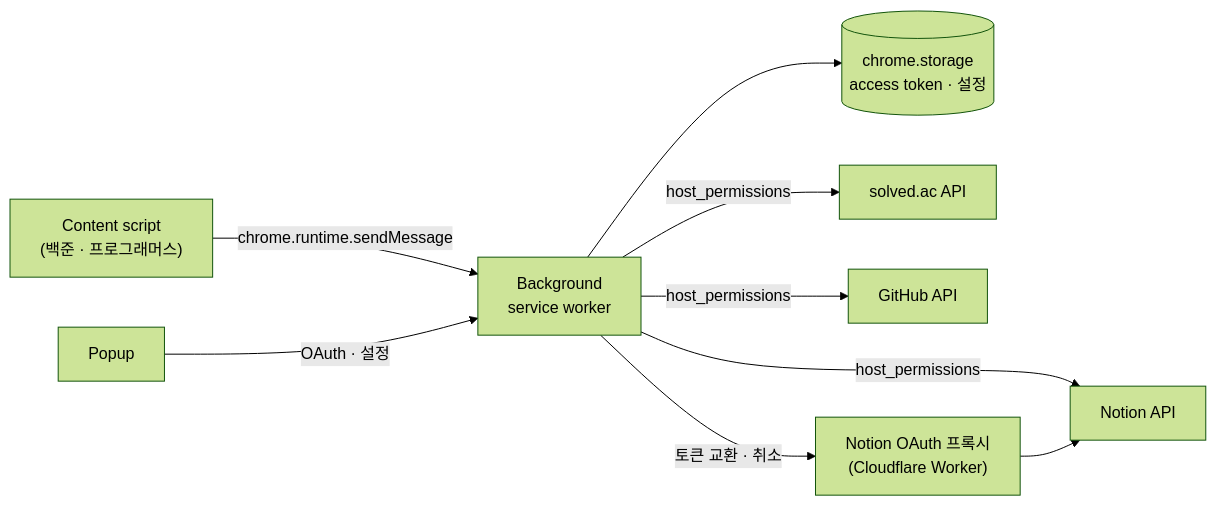
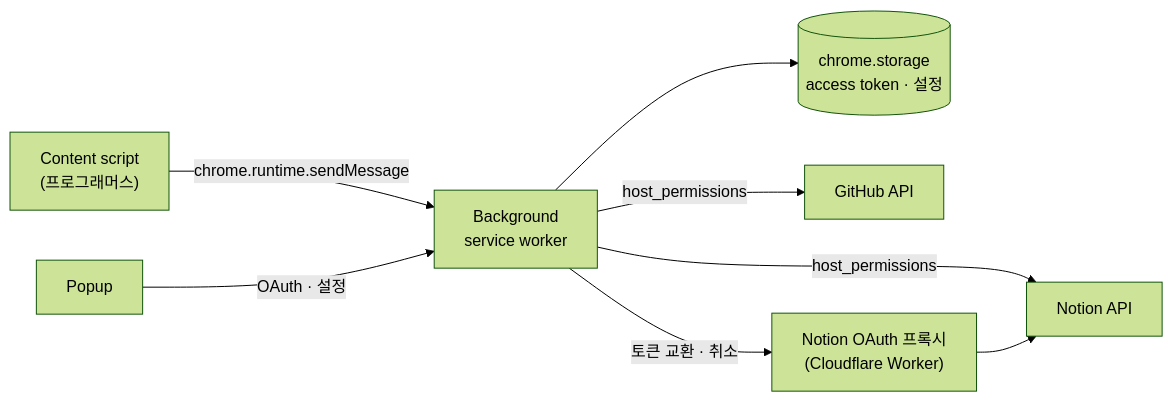
The diagram in README.ko.md (Seojeonguk/sourceCodeUploader), drawn with Mermaid (forest theme) before and after one commit. The commit also changed other lines of this file and 37 other files, not shown here.

````diff
--- a/README.ko.md
+++ b/README.ko.md
@@ -48,11 +44,10 @@
 ```mermaid
 flowchart LR
-    CS["Content script<br/>(백준 · 프로그래머스)"] -->|chrome.runtime.sendMessage| BG["Background<br/>service worker"]
+    CS["Content script<br/>(프로그래머스)"] -->|chrome.runtime.sendMessage| BG["Background<br/>service worker"]
     POP["Popup"] -->|OAuth · 설정| BG
     BG --> ST[("chrome.storage<br/>access token · 설정")]
-    BG -->|host_permissions| SA["solved.ac API"]
     BG -->|host_permissions| GH["GitHub API"]
     BG -->|host_permissions| NO["Notion API"]
     BG -->|토큰 교환 · 취소| PX["Notion OAuth 프록시<br/>(Cloudflare Worker)"]
     PX --> NO
 ```
````
